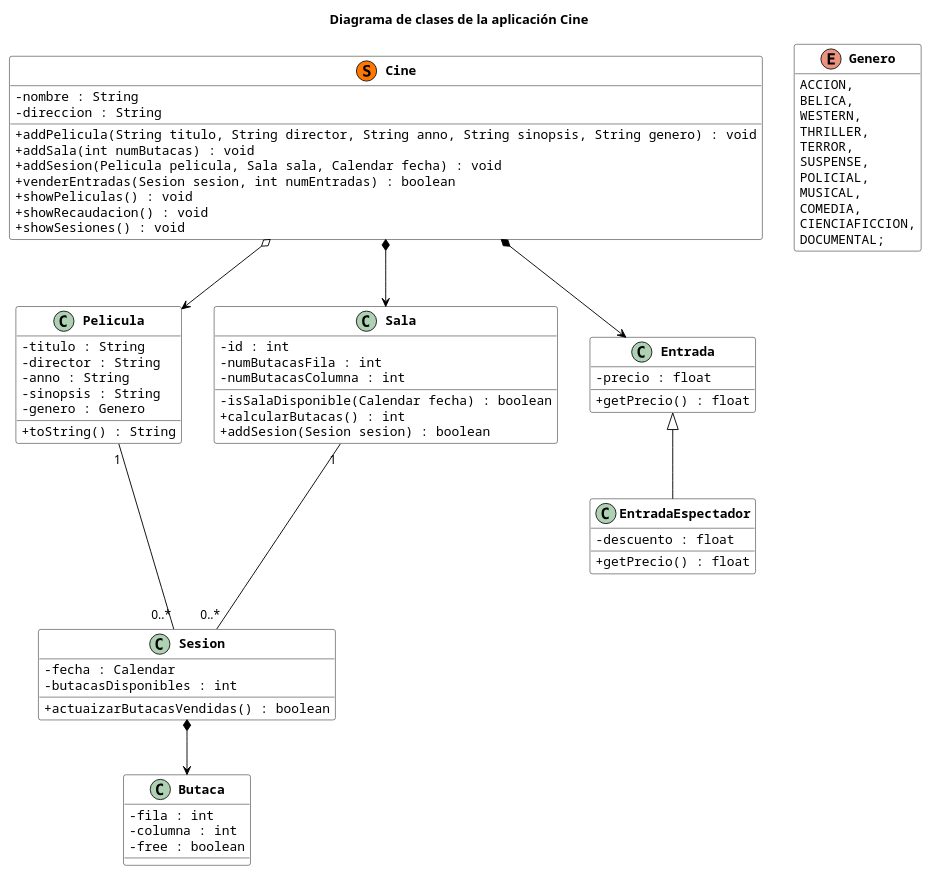
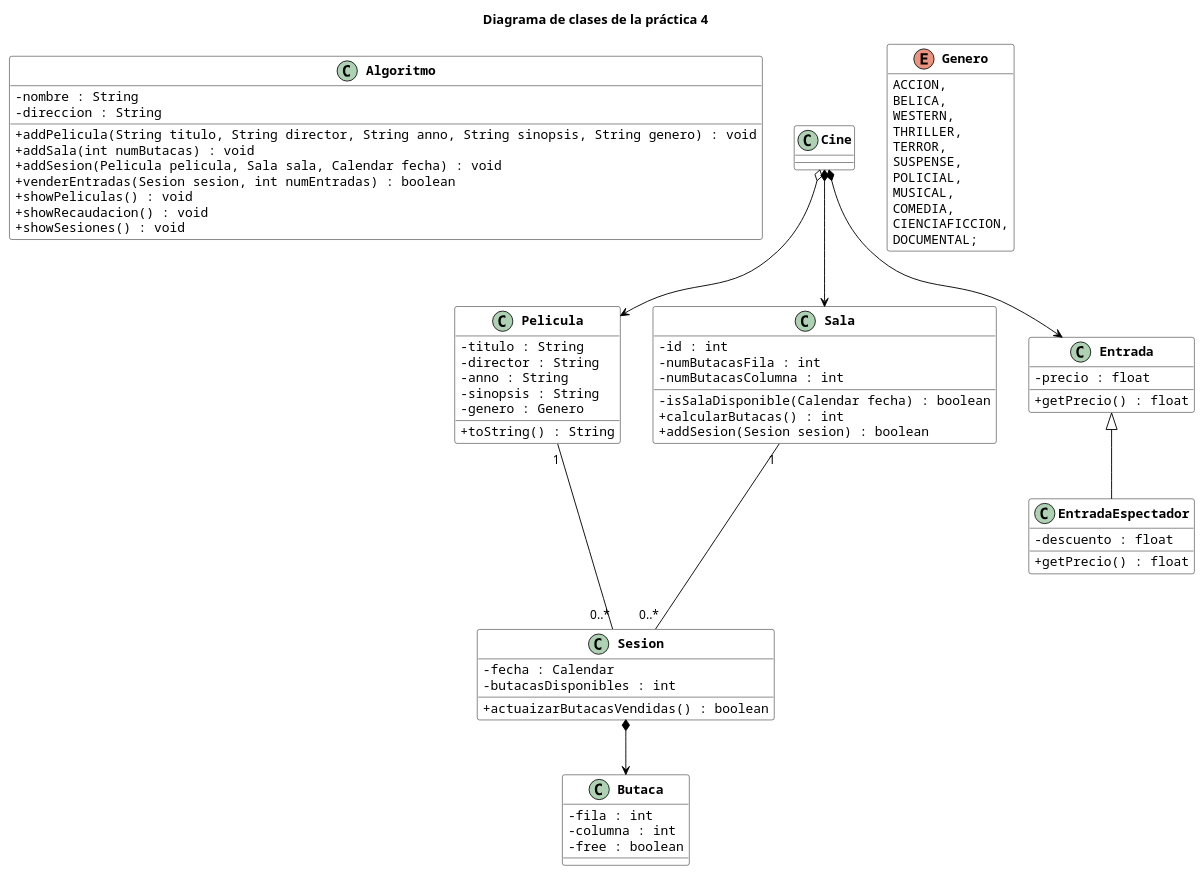
Before and after one commit to Lletfrix/Analisis_y_Dise-o_de_Software_2017_2018: the diagram in 3P/UML.puml, drawn with PlantUML. The commit also changed 198 other files, not shown here.

```diff
--- a/3P/UML.puml
+++ b/3P/UML.puml
@@ -1,97 +1,97 @@
 @startuml
 skinparam {
   classAttributeIconSize 0
   ClassBorderColor Black
   ClassBackgroundColor White
   ClassFontStyle bold
   ClassFontName Courier
   ClassAttributeFontName Courier
   ArrowColor Black
   Shadowing false
 }
 
-title Diagrama de clases de la aplicación Cine
+title Diagrama de clases de la práctica 4
 
 hide enum methods
 
-class Cine << (S,#FF7700) >> {
+class Algoritmo {
     - nombre : String
     - direccion : String
 
     + addPelicula(String titulo, String director, String anno, String sinopsis, String genero) : void
     + addSala(int numButacas) : void
     + addSesion(Pelicula pelicula, Sala sala, Calendar fecha) : void
     + venderEntradas(Sesion sesion, int numEntradas) : boolean
     + showPeliculas() : void
     + showRecaudacion() : void
     + showSesiones() : void
 }
 
 class Sesion {
     - fecha : Calendar
     - butacasDisponibles : int
 
     + actuaizarButacasVendidas() : boolean
 }
 
 class Butaca{
     - fila : int
     - columna : int
     - free : boolean
 }
 
 class Pelicula{
     - titulo : String
     - director : String
     - anno : String
     - sinopsis : String
     - genero : Genero
 
     + toString() : String
 }
 
 class Sala{
     - id : int
     - numButacasFila : int
     - numButacasColumna : int
 
     - isSalaDisponible(Calendar fecha) : boolean
     + calcularButacas() : int
     + addSesion(Sesion sesion) : boolean
 }
 
 class Entrada{
     - precio : float
 
     + getPrecio() : float
 }
 
 class EntradaEspectador extends Entrada{
     - descuento : float
 
     + getPrecio() : float
 }
 
 enum Genero {
     ACCION,
     BELICA,
     WESTERN,
     THRILLER,
     TERROR,
     SUSPENSE,
     POLICIAL,
     MUSICAL,
     COMEDIA,
     CIENCIAFICCION,
     DOCUMENTAL;
 }
 
 Cine *--> Sala
 Cine *--> Entrada
 Cine o--> Pelicula
 
 Pelicula "1" --- "0..*" Sesion
 Sala "1" --- "0..*" Sesion
 Sesion *--> Butaca
 
 @enduml
```
